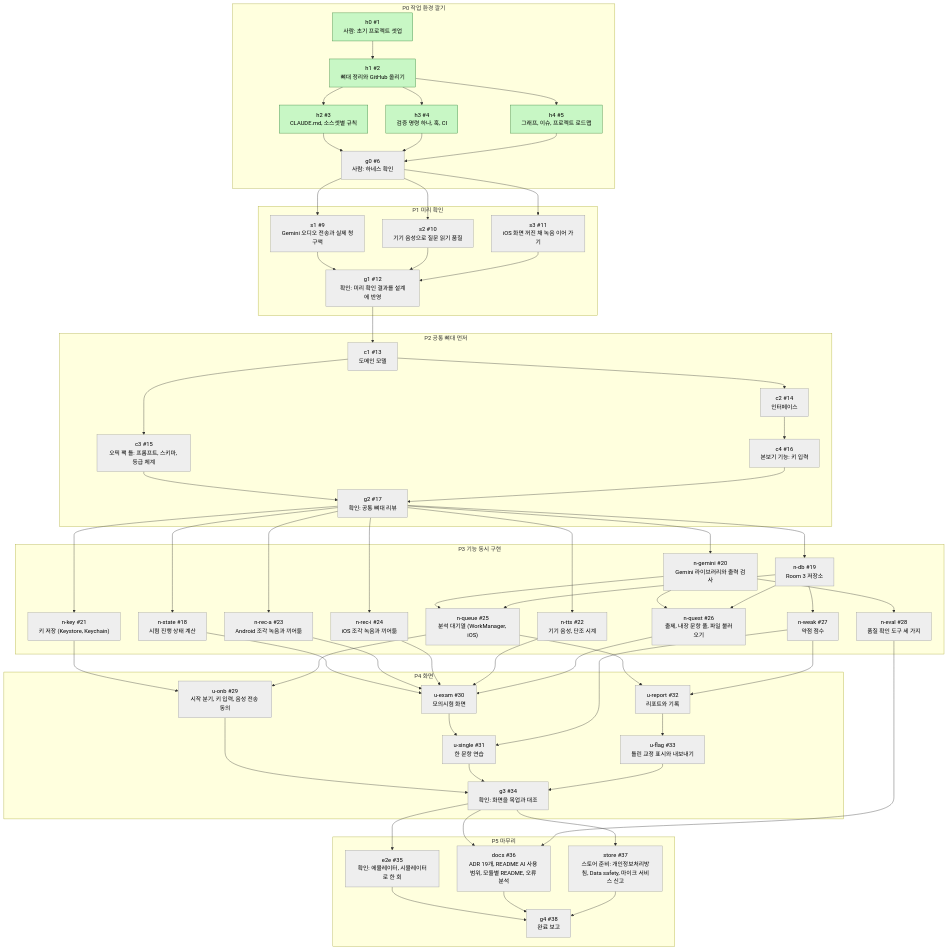
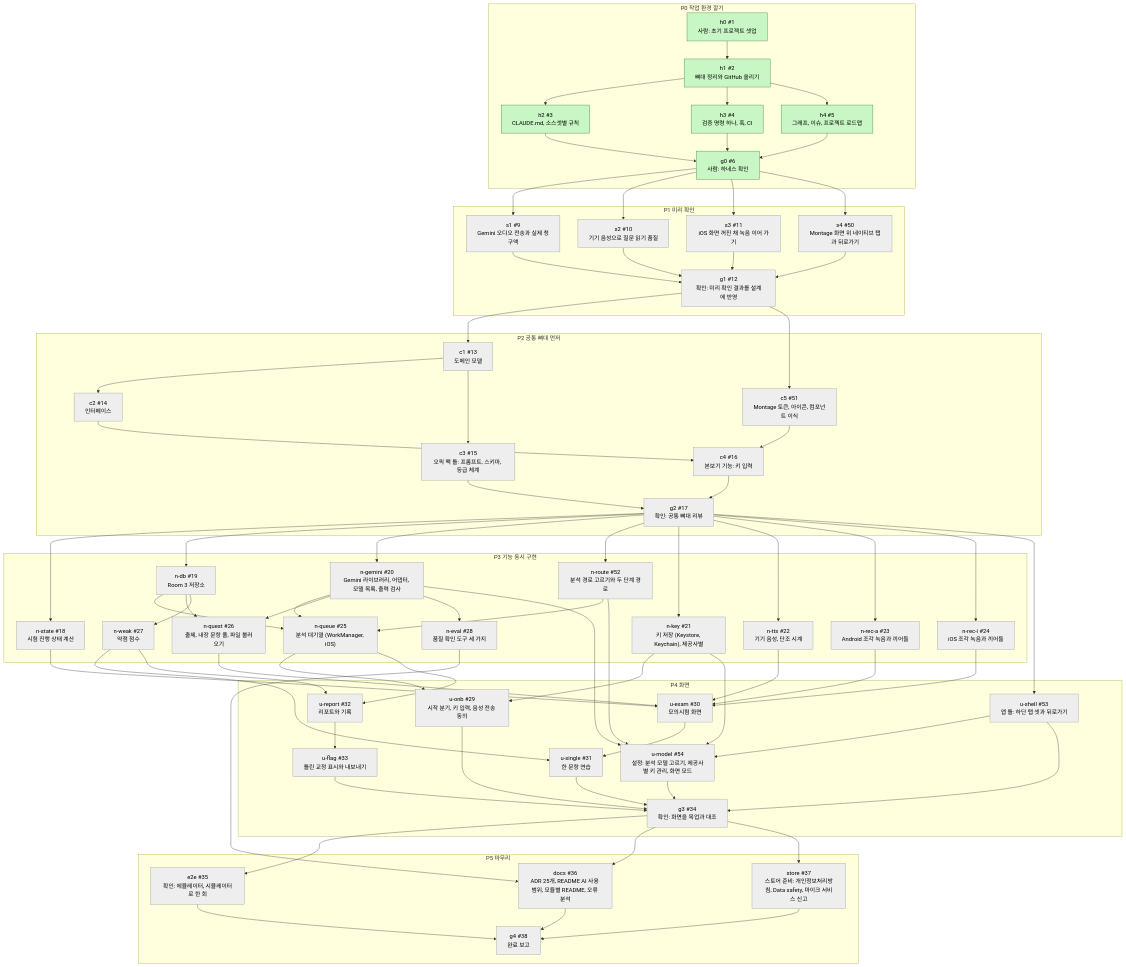
Before and after one commit to nosorae/AiOpicSelfStudy: the first of 2 diagrams in docs/graph/dev-graph.md, drawn with Mermaid. The commit also changed other lines of this file and 22 other files, not shown here.

````diff
--- a/docs/graph/dev-graph.md
+++ b/docs/graph/dev-graph.md
@@ -18,20 +18,23 @@
     s1["s1 #9<br/>Gemini 오디오 전송과 실제 청구액"]
     s2["s2 #10<br/>기기 음성으로 질문 읽기 품질"]
     s3["s3 #11<br/>iOS 화면 꺼진 채 녹음 이어 가기"]
+    s4["s4 #50<br/>Montage 화면 위 네이티브 탭과 뒤로가기"]
     g1["g1 #12<br/>확인: 미리 확인 결과를 설계에 반영"]
   end
   subgraph P2["P2 공통 뼈대 먼저"]
     c1["c1 #13<br/>도메인 모델"]
     c2["c2 #14<br/>인터페이스"]
     c3["c3 #15<br/>오픽 팩 틀: 프롬프트, 스키마, 등급 체계"]
+    c5["c5 #51<br/>Montage 토큰, 아이콘, 컴포넌트 이식"]
     c4["c4 #16<br/>본보기 기능: 키 입력"]
     g2["g2 #17<br/>확인: 공통 뼈대 리뷰"]
   end
   subgraph P3["P3 기능 동시 구현"]
     n_state["n-state #18<br/>시험 진행 상태 계산"]
     n_db["n-db #19<br/>Room 3 저장소"]
-    n_gemini["n-gemini #20<br/>Gemini 라이브러리와 출력 검사"]
-    n_key["n-key #21<br/>키 저장 (Keystore, Keychain)"]
+    n_gemini["n-gemini #20<br/>Gemini 라이브러리, 어댑터, 모델 목록, 출력 검사"]
+    n_route["n-route #52<br/>분석 경로 고르기와 두 단계 경로"]
+    n_key["n-key #21<br/>키 저장 (Keystore, Keychain), 제공사별"]
     n_tts["n-tts #22<br/>기기 음성, 단조 시계"]
     n_rec_a["n-rec-a #23<br/>Android 조각 녹음과 끼어듦"]
     n_rec_i["n-rec-i #24<br/>iOS 조각 녹음과 끼어듦"]
@@ -42,15 +45,17 @@
   end
   subgraph P4["P4 화면"]
     u_onb["u-onb #29<br/>시작 분기, 키 입력, 음성 전송 동의"]
+    u_shell["u-shell #53<br/>앱 틀: 하단 탭 셋과 뒤로가기"]
     u_exam["u-exam #30<br/>모의시험 화면"]
     u_single["u-single #31<br/>한 문항 연습"]
     u_report["u-report #32<br/>리포트와 기록"]
     u_flag["u-flag #33<br/>틀린 교정 표시와 내보내기"]
+    u_model["u-model #54<br/>설정: 분석 모델 고르기, 제공사별 키 관리, 화면 모드"]
     g3["g3 #34<br/>확인: 화면을 목업과 대조"]
   end
   subgraph P5["P5 마무리"]
     e2e["e2e #35<br/>확인: 에뮬레이터, 시뮬레이터로 한 회"]
-    docs["docs #36<br/>ADR 19개, README AI 사용 범위, 모듈별 README, 오류 분석"]
+    docs["docs #36<br/>ADR 25개, README AI 사용 범위, 모듈별 README, 오류 분석"]
     store["store #37<br/>스토어 준비: 개인정보처리방침, Data safety, 마이크 서비스 신고"]
     g4["g4 #38<br/>완료 보고"]
   end
@@ -64,30 +69,37 @@
   g0 --> s1
   g0 --> s2
   g0 --> s3
+  g0 --> s4
   s1 --> g1
   s2 --> g1
   s3 --> g1
+  s4 --> g1
   g1 --> c1
   c1 --> c2
   c1 --> c3
+  g1 --> c5
   c2 --> c4
+  c5 --> c4
   c3 --> g2
   c4 --> g2
   g2 --> n_state
   g2 --> n_db
   g2 --> n_gemini
+  g2 --> n_route
   g2 --> n_key
   g2 --> n_tts
   g2 --> n_rec_a
   g2 --> n_rec_i
   n_gemini --> n_queue
   n_db --> n_queue
+  n_route --> n_queue
   n_gemini --> n_quest
   n_db --> n_quest
   n_db --> n_weak
   n_gemini --> n_eval
   n_key --> u_onb
   n_queue --> u_onb
+  g2 --> u_shell
   n_state --> u_exam
   n_rec_a --> u_exam
   n_rec_i --> u_exam
@@ -98,9 +110,15 @@
   n_queue --> u_report
   n_weak --> u_report
   u_report --> u_flag
+  n_gemini --> u_model
+  n_key --> u_model
+  n_route --> u_model
+  u_shell --> u_model
   u_onb --> g3
+  u_shell --> g3
   u_single --> g3
   u_flag --> g3
+  u_model --> g3
   g3 --> e2e
   g3 --> docs
   n_eval --> docs
@@ -109,9 +127,9 @@
   docs --> g4
   store --> g4
   classDef todo fill:#eeeeee,stroke:#999999,color:#000
-  class g0,s1,s2,s3,g1,c1,c2,c3,c4,g2,n_state,n_db,n_gemini,n_key,n_tts,n_rec_a,n_rec_i,n_queue,n_quest,n_weak,n_eval,u_onb,u_exam,u_single,u_report,u_flag,g3,e2e,docs,store,g4 todo
+  class s1,s2,s3,s4,g1,c1,c2,c3,c5,c4,g2,n_state,n_db,n_gemini,n_route,n_key,n_tts,n_rec_a,n_rec_i,n_queue,n_quest,n_weak,n_eval,u_onb,u_shell,u_exam,u_single,u_report,u_flag,u_model,g3,e2e,docs,store,g4 todo
   classDef doing fill:#fff3b0,stroke:#d4a017,color:#000
   classDef done fill:#c8f7c5,stroke:#2e7d32,color:#000
-  class h0,h1,h2,h3,h4 done
+  class h0,h1,h2,h3,h4,g0 done
   classDef blocked fill:#ffcdd2,stroke:#c62828,color:#000
 ```
````
